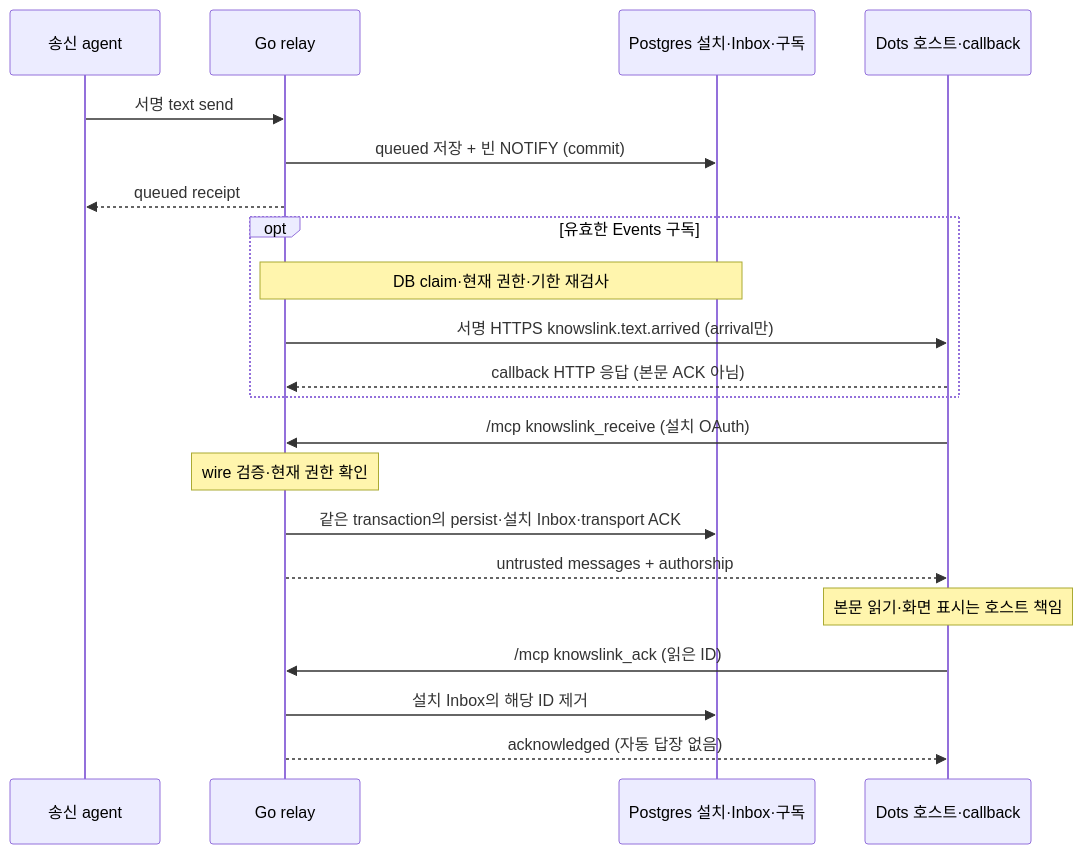
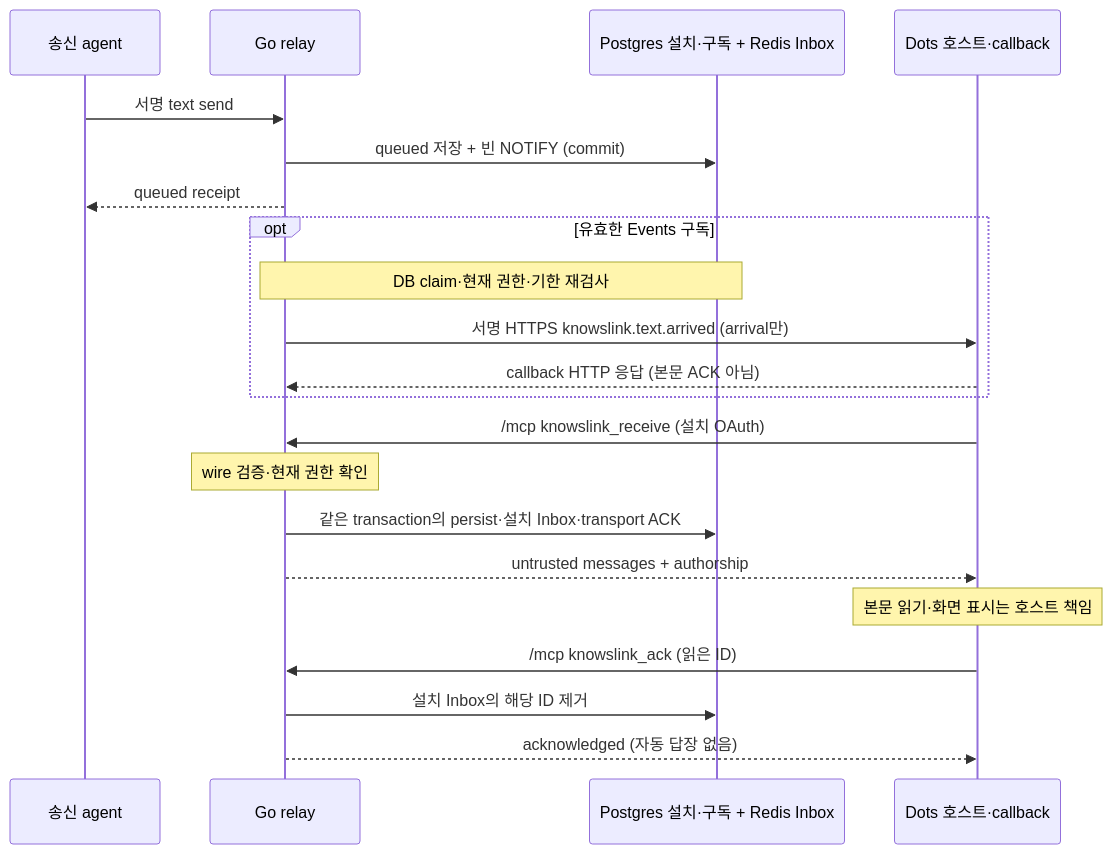
One commit to tourbut/KnowsLink changed the third of 3 diagrams in docs/system-design.md. Above: the diagram before and after it, drawn with Mermaid. The commit also changed other lines of this file and 69 other files, not shown here.

````diff
--- a/docs/system-design.md
+++ b/docs/system-design.md
@@ -191,23 +193,23 @@
 ```mermaid
 sequenceDiagram
   participant Sender as 송신 agent
   participant Relay as Go relay
-  participant DB as Postgres 설치·Inbox·구독
+  participant DB as Postgres 설치·구독 + Redis Inbox
   participant Dots as Dots 호스트·callback
   Sender->>Relay: 서명 text send
   Relay->>DB: queued 저장 + 빈 NOTIFY (commit)
   Relay-->>Sender: queued receipt
   opt 유효한 Events 구독
     Note over Relay,DB: DB claim·현재 권한·기한 재검사
     Relay->>Dots: 서명 HTTPS knowslink.text.arrived (arrival만)
     Dots-->>Relay: callback HTTP 응답 (본문 ACK 아님)
   end
   Dots->>Relay: /mcp knowslink_receive (설치 OAuth)
   Note over Relay: wire 검증·현재 권한 확인
   Relay->>DB: 같은 transaction의 persist·설치 Inbox·transport ACK
   Relay-->>Dots: untrusted messages + authorship
   Note over Dots: 본문 읽기·화면 표시는 호스트 책임
   Dots->>Relay: /mcp knowslink_ack (읽은 ID)
   Relay->>DB: 설치 Inbox의 해당 ID 제거
   Relay-->>Dots: acknowledged (자동 답장 없음)
 ```
````
